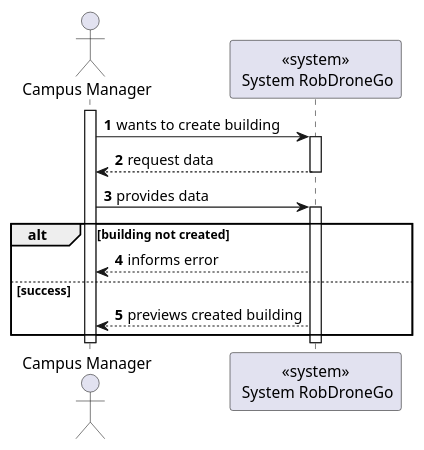
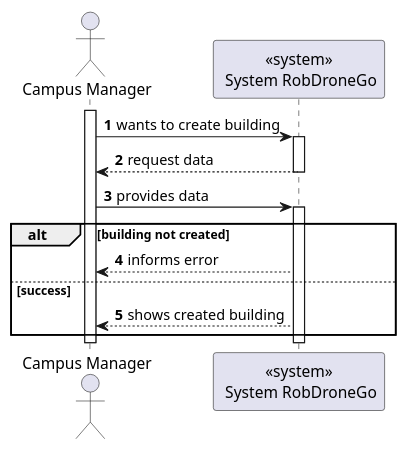
One commit to Departamento-de-Engenharia-Informatica/lapr5-23-24-g19 changed the diagram in docs/us1050/level1/process-view.puml. Above: the diagram before and after it, drawn with PlantUML. The commit also changed 4 other files, not shown here.

```diff
--- a/docs/us1050/level1/process-view.puml
+++ b/docs/us1050/level1/process-view.puml
@@ -1,24 +1,24 @@
 @startuml
 autonumber
 
 actor "Campus Manager" as usr
 
 participant "<<system>>\n System RobDroneGo" as sys
 
 activate usr
     usr -> sys : wants to create building
     activate sys
         sys --> usr : request data
     deactivate sys
 
     usr -> sys : provides data
     activate sys
         alt building not created
             sys --> usr : informs error
         else success
-            sys --> usr : previews created building
-    end
+            sys --> usr : shows created building
+        end
     deactivate sys
 deactivate usr
 
 @enduml
```
